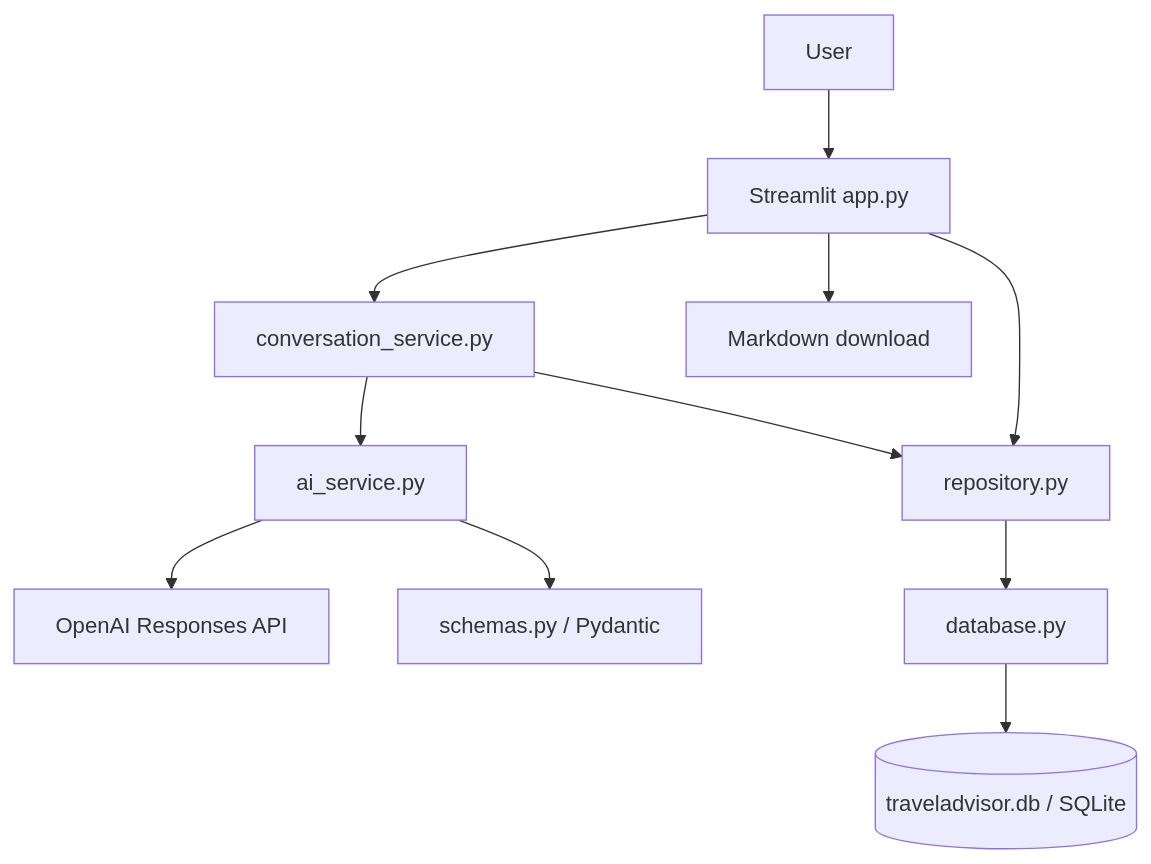
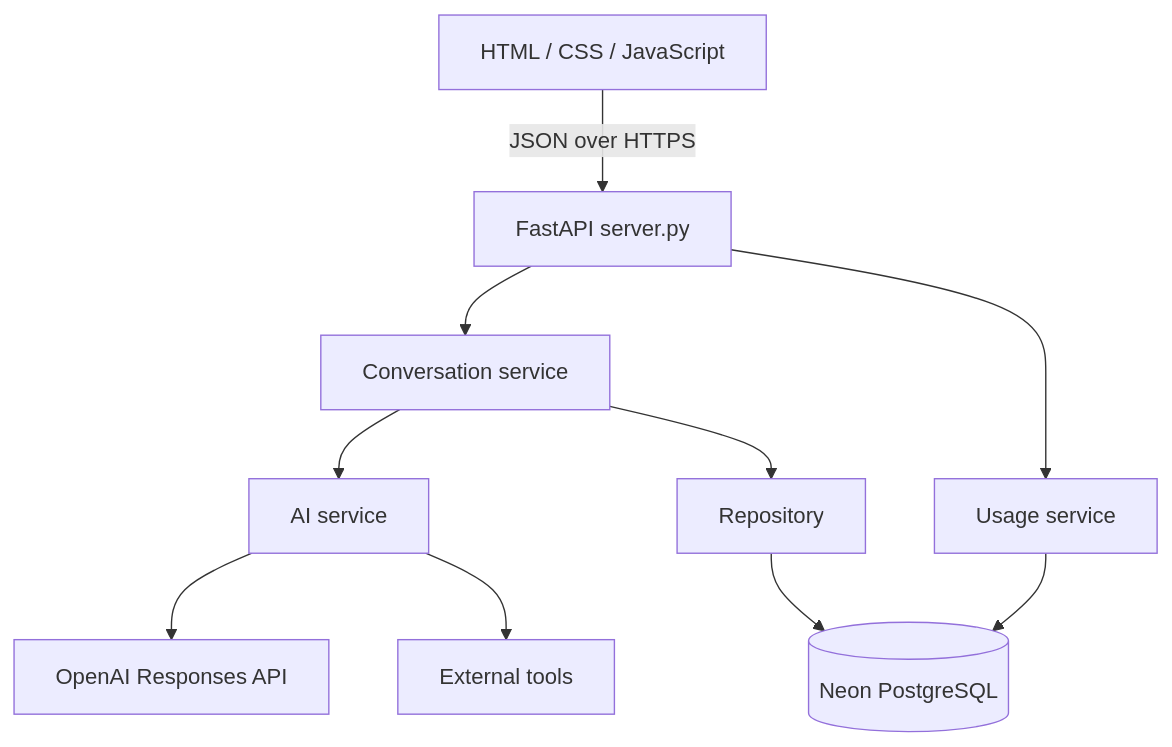
Before and after one commit to haripriya91/travel-advisor: the first of 2 diagrams in docs/architecture.md, drawn with Mermaid. The commit also changed other lines of this file and 13 other files, not shown here.

````diff
--- a/docs/architecture.md
+++ b/docs/architecture.md
@@ -5,13 +5,12 @@
 ```mermaid
 flowchart TD
-    User[User] --> UI[Streamlit app.py]
-    UI --> CS[conversation_service.py]
-    CS --> AI[ai_service.py]
-    AI --> API[OpenAI Responses API]
-    AI --> Models[schemas.py / Pydantic]
-    CS --> Repo[repository.py]
-    UI --> Repo
-    Repo --> Database[database.py]
-    Database --> SQLite[(traveladvisor.db / SQLite)]
-    UI --> Export[Markdown download]
+    F[HTML / CSS / JavaScript] -->|JSON over HTTPS| S[FastAPI server.py]
+    S --> C[Conversation service]
+    C --> A[AI service]
+    A --> O[OpenAI Responses API]
+    A --> T[External tools]
+    C --> R[Repository]
+    R --> N[(Neon PostgreSQL)]
+    S --> U[Usage service]
+    U --> N
 ```
````
